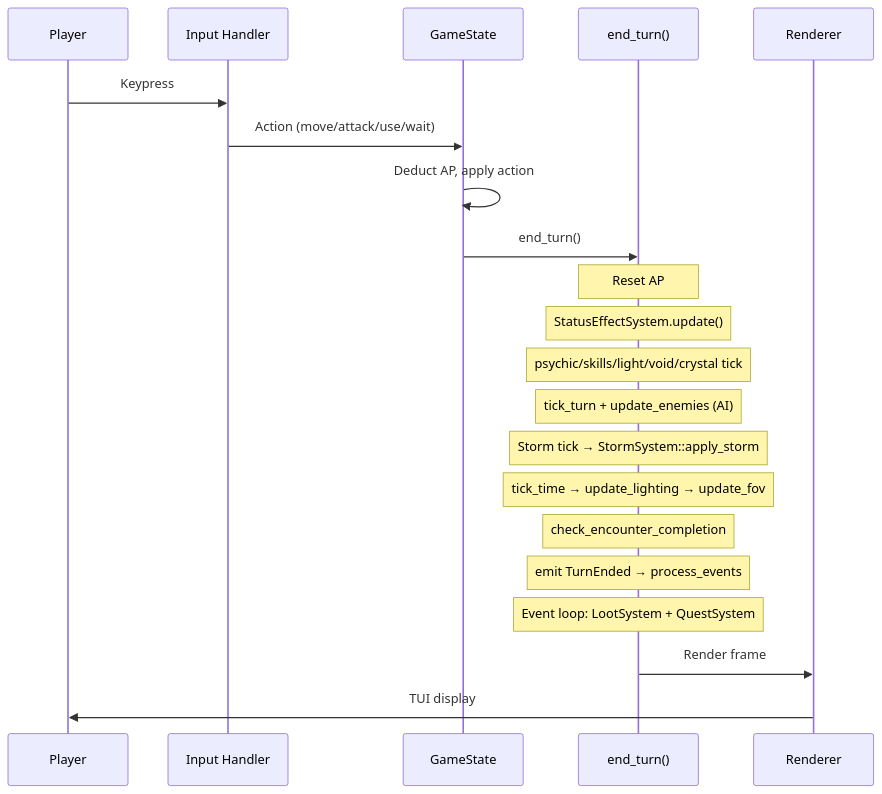
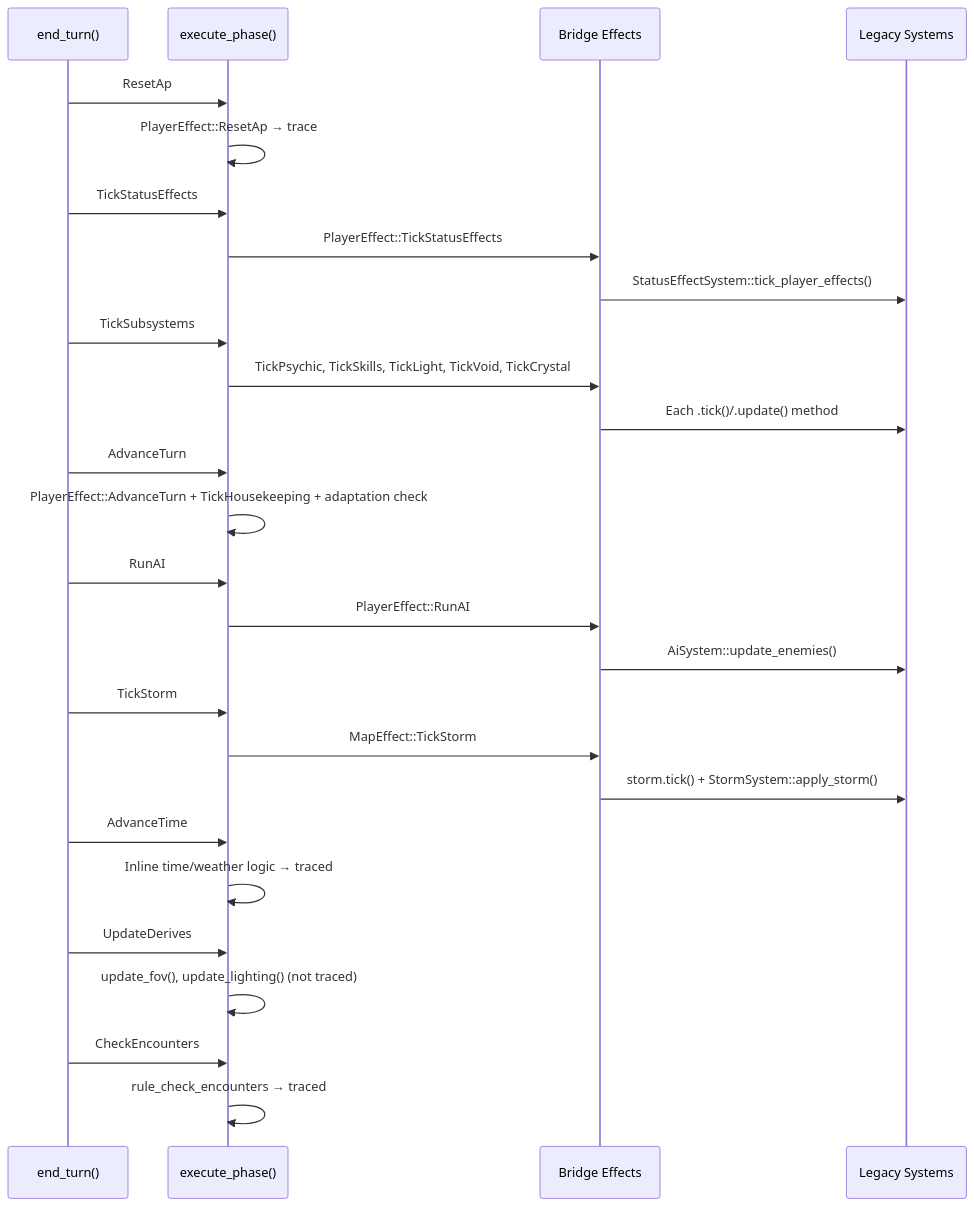
One commit to EliasVahlberg/saltglass-steppe changed the second of 9 diagrams in .agents/summary/workflows.md. Above: the diagram before and after it, drawn with Mermaid. The commit also changed other lines of this file and 16 other files, not shown here.

First line of the commit message:
feat: DES effect assertions — effect_occurred, effect_not_occurred, effect_count

````diff
--- a/.agents/summary/workflows.md
+++ b/.agents/summary/workflows.md
@@ -7,24 +31,38 @@
 ```mermaid
 sequenceDiagram
-    participant Player
-    participant Input as Input Handler
-    participant State as GameState
-    participant Systems as end_turn()
-    participant Renderer
+    participant ET as end_turn()
+    participant Phase as execute_phase()
+    participant Bridge as Bridge Effects
+    participant Legacy as Legacy Systems
 
-    Player->>Input: Keypress
-    Input->>State: Action (move/attack/use/wait)
-    State->>State: Deduct AP, apply action
-    State->>Systems: end_turn()
-    Note over Systems: Reset AP
-    Note over Systems: StatusEffectSystem.update()
-    Note over Systems: psychic/skills/light/void/crystal tick
-    Note over Systems: tick_turn + update_enemies (AI)
-    Note over Systems: Storm tick → StormSystem::apply_storm
-    Note over Systems: tick_time → update_lighting → update_fov
-    Note over Systems: check_encounter_completion
-    Note over Systems: emit TurnEnded → process_events
-    Note over Systems: Event loop: LootSystem + QuestSystem
-    Systems->>Renderer: Render frame
-    Renderer->>Player: TUI display
+    ET->>Phase: ResetAp
+    Phase->>Phase: PlayerEffect::ResetAp → trace
+
+    ET->>Phase: TickStatusEffects
+    Phase->>Bridge: PlayerEffect::TickStatusEffects
+    Bridge->>Legacy: StatusEffectSystem::tick_player_effects()
+
+    ET->>Phase: TickSubsystems
+    Phase->>Bridge: TickPsychic, TickSkills, TickLight, TickVoid, TickCrystal
+    Bridge->>Legacy: Each .tick()/.update() method
+
+    ET->>Phase: AdvanceTurn
+    Phase->>Phase: PlayerEffect::AdvanceTurn + TickHousekeeping + adaptation check
+
+    ET->>Phase: RunAI
+    Phase->>Bridge: PlayerEffect::RunAI
+    Bridge->>Legacy: AiSystem::update_enemies()
+
+    ET->>Phase: TickStorm
+    Phase->>Bridge: MapEffect::TickStorm
+    Bridge->>Legacy: storm.tick() + StormSystem::apply_storm()
+
+    ET->>Phase: AdvanceTime
+    Phase->>Phase: Inline time/weather logic → traced
+
+    ET->>Phase: UpdateDerives
+    Phase->>Phase: update_fov(), update_lighting() (not traced)
+
+    ET->>Phase: CheckEncounters
+    Phase->>Phase: rule_check_encounters → traced
 ```
````
